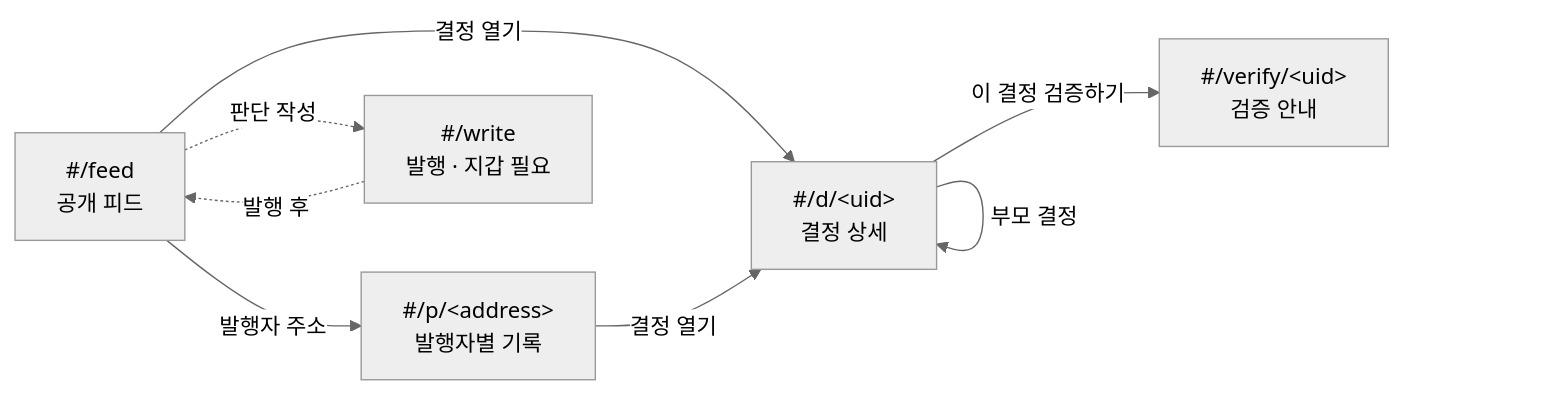
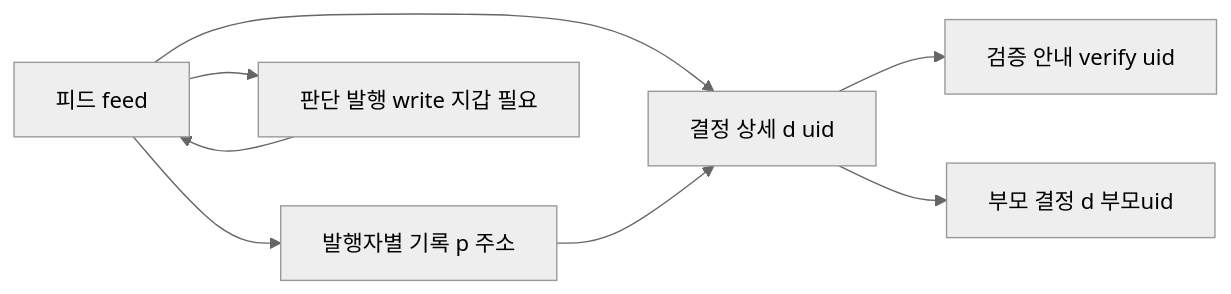
The diagram in gitbook/design/screens.md (Bo621/Maru), drawn with Mermaid (neutral theme) before and after one commit. The commit also changed other lines of this file and 6 other files, not shown here.

First line of the commit message:
docs(gitbook): mermaid를 렌더되는 최소 문법으로, 닫히지 않던 굵은 글씨 8곳 수정

````diff
--- a/gitbook/design/screens.md
+++ b/gitbook/design/screens.md
@@ -18,10 +18,10 @@
 ```mermaid
 flowchart LR
-    F["#/feed<br/>공개 피드"] -->|발행자 주소| P["#/p/&lt;address&gt;<br/>발행자별 기록"]
-    F -->|결정 열기| D["#/d/&lt;uid&gt;<br/>결정 상세"]
-    P -->|결정 열기| D
-    D -->|이 결정 검증하기| V["#/verify/&lt;uid&gt;<br/>검증 안내"]
-    D -->|부모 결정| D
-    F -.판단 작성.-> W["#/write<br/>발행 · 지갑 필요"]
-    W -.발행 후.-> F
+    F[피드 feed] --> P[발행자별 기록 p 주소]
+    F --> D[결정 상세 d uid]
+    P --> D
+    D --> V[검증 안내 verify uid]
+    D --> D2[부모 결정 d 부모uid]
+    F --> W[판단 발행 write 지갑 필요]
+    W --> F
 ```
````
